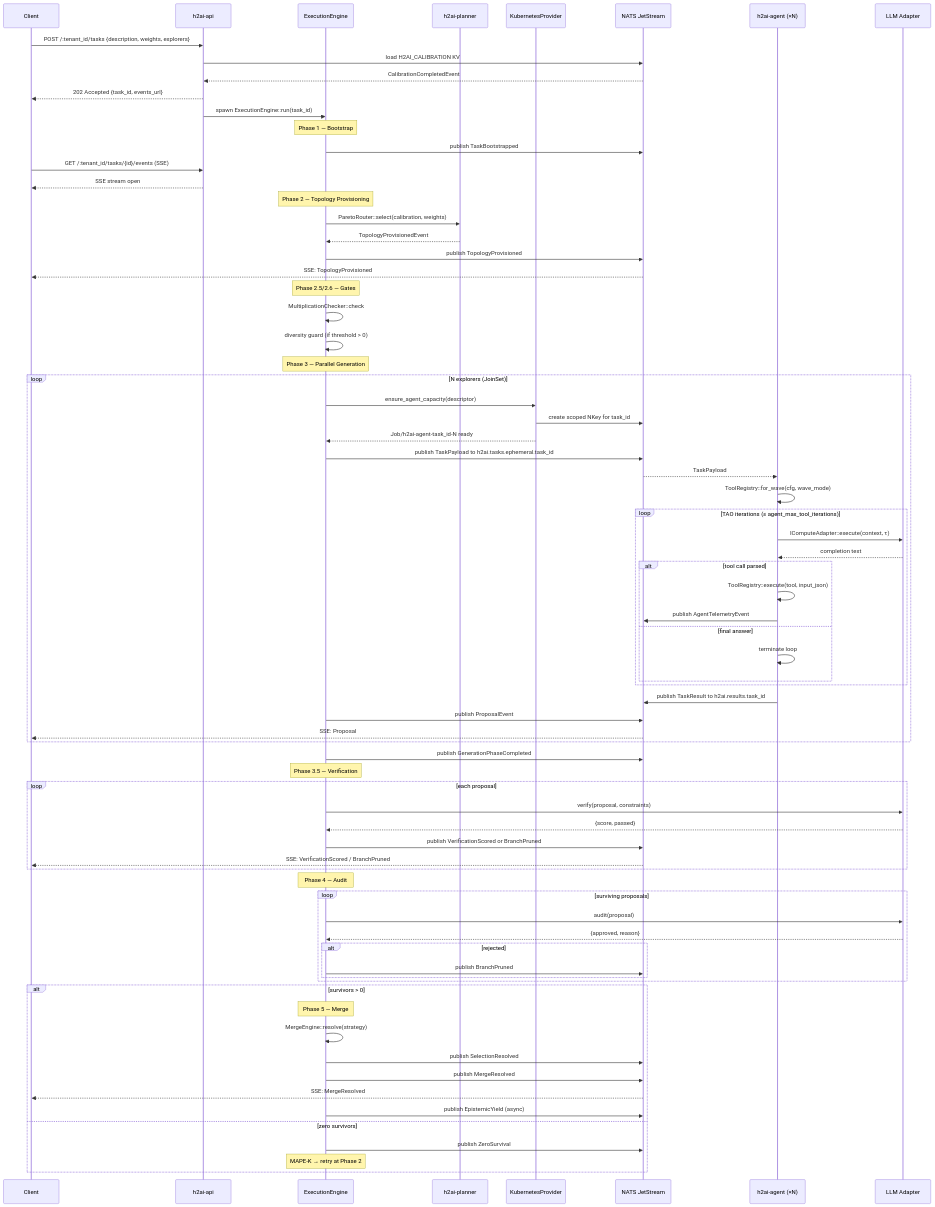
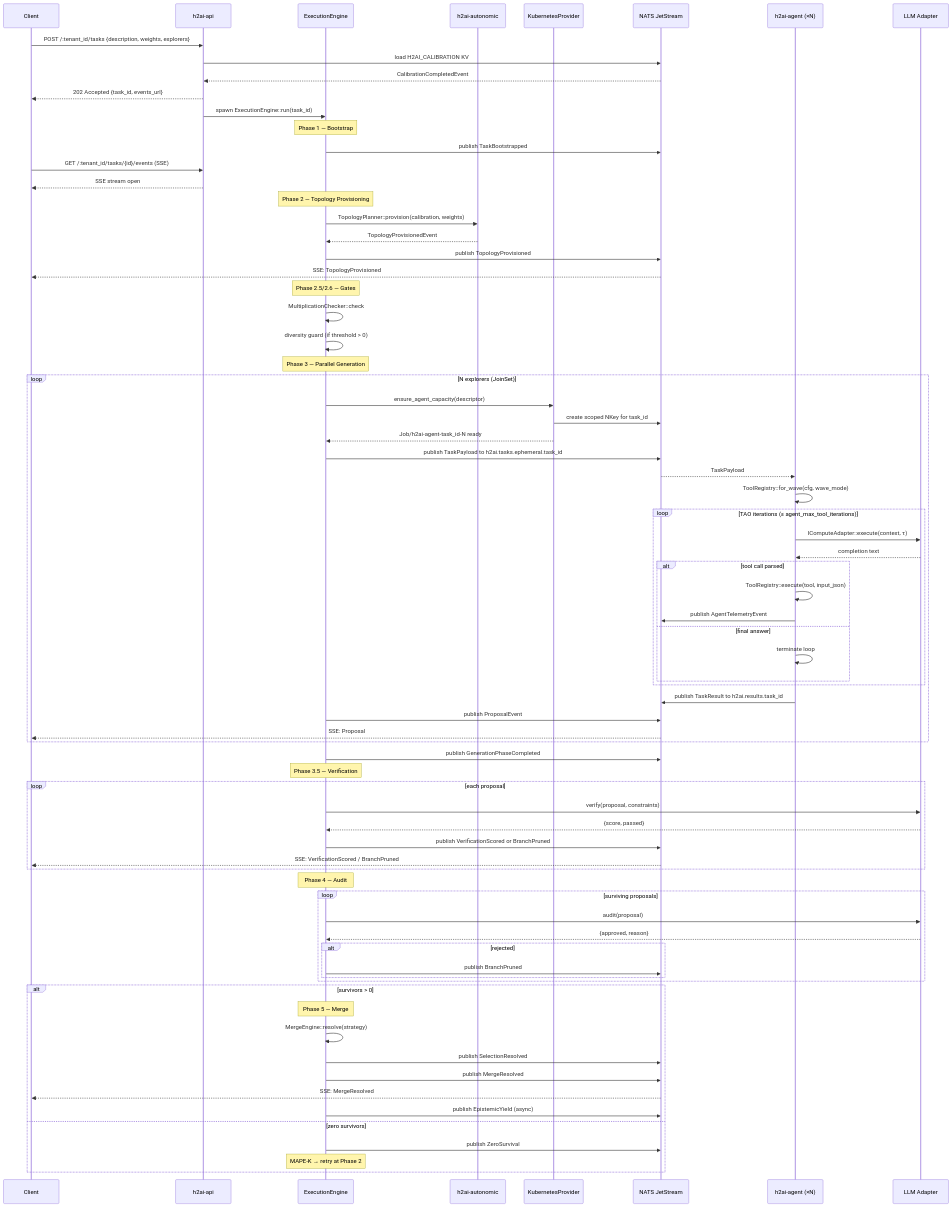
The eighth of 19 diagrams in docs/architecture/architecture.md (immediatus/h2ai-control-plane), drawn with Mermaid before and after one commit. The commit also changed other lines of this file and 71 other files, not shown here.

```diff
--- a/docs/architecture/architecture.md
+++ b/docs/architecture/architecture.md
@@ -622,7 +626,7 @@
     participant C as Client
     participant API as h2ai-api
     participant Orch as ExecutionEngine
-    participant Planner as h2ai-planner
+    participant Autonomic as h2ai-autonomic
     participant Prov as KubernetesProvider
     participant NATS as NATS JetStream
     participant Agent as h2ai-agent (×N)
@@ -640,8 +644,8 @@
     API-->>C: SSE stream open
 
     Note over Orch: Phase 2 — Topology Provisioning
-    Orch->>Planner: ParetoRouter::select(calibration, weights)
-    Planner-->>Orch: TopologyProvisionedEvent
+    Orch->>Autonomic: TopologyPlanner::provision(calibration, weights)
+    Autonomic-->>Orch: TopologyProvisionedEvent
     Orch->>NATS: publish TopologyProvisioned
     NATS-->>C: SSE: TopologyProvisioned
 
```
